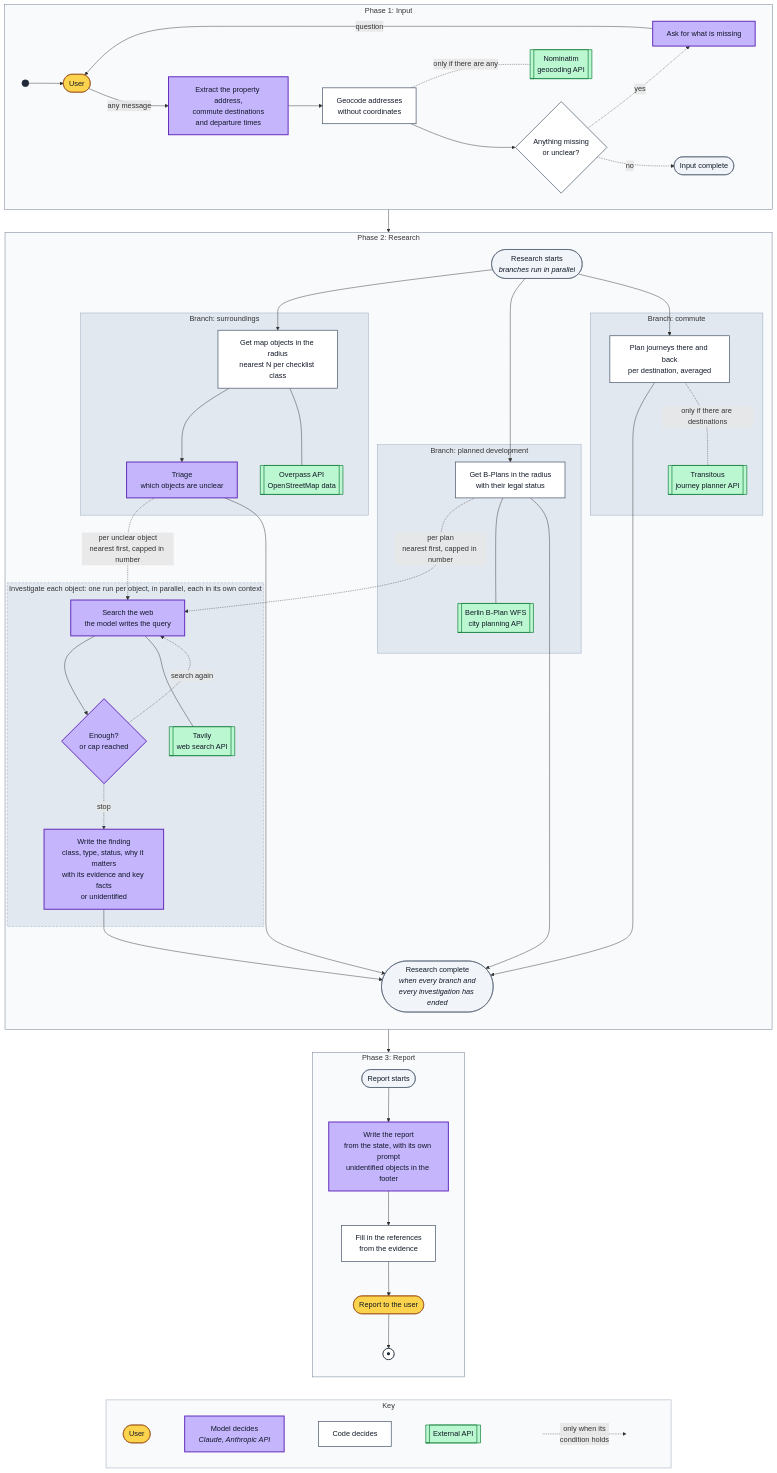
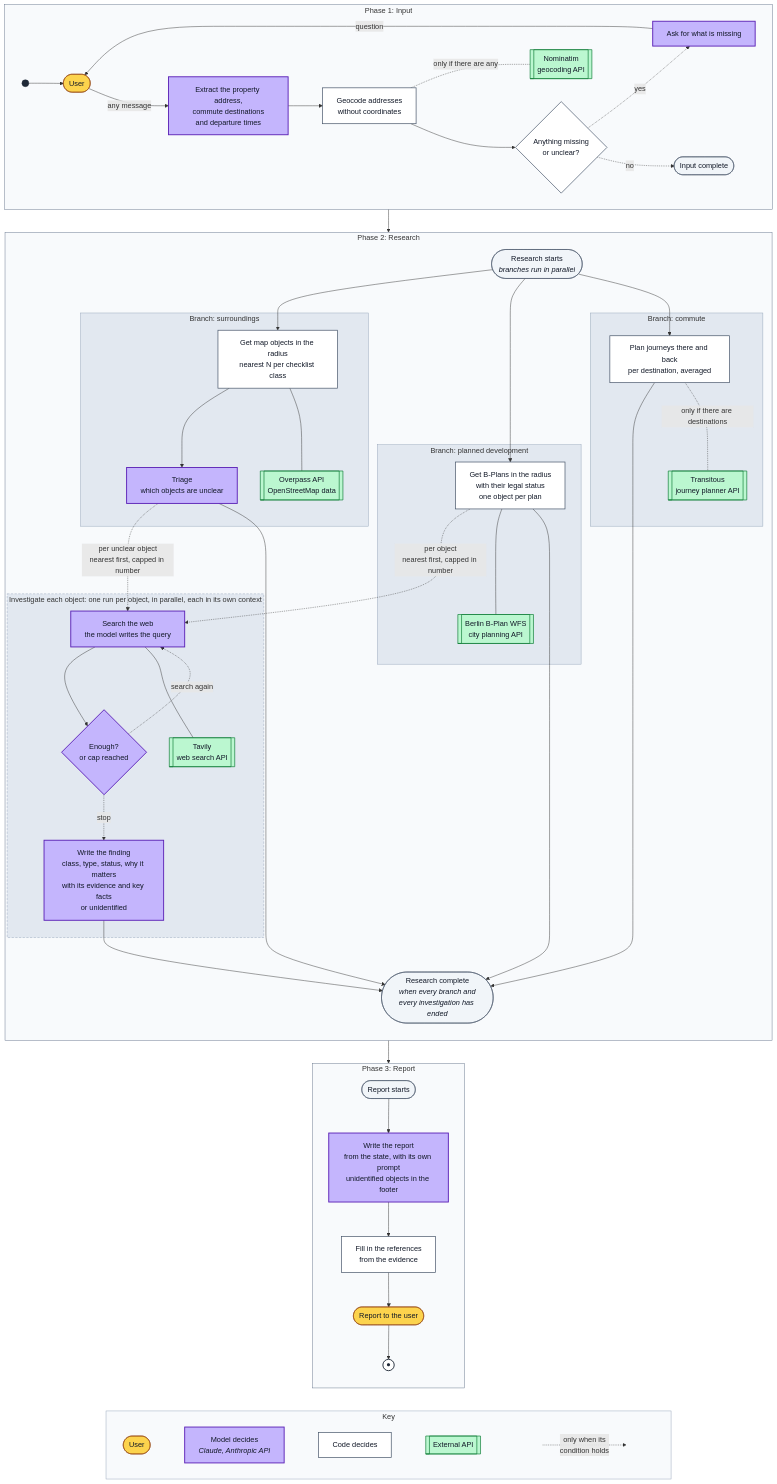
The first of 2 diagrams in docs/architecture.md (avashchenkov/out-of-frame), drawn with Mermaid before and after one commit. The commit also changed other lines of this file, not shown here.

Commit message:
docs: treat each b-plan as an object

```diff
--- a/docs/architecture.md
+++ b/docs/architecture.md
@@ -35,7 +35,7 @@
             T["Triage<br/>which objects are unclear"]:::model
         end
         subgraph PLN["Branch: planned development"]
-            PL["Get B-Plans in the radius<br/>with their legal status"]:::code
+            PL["Get B-Plans in the radius<br/>with their legal status<br/>one object per plan"]:::code
             WFS[["Berlin B-Plan WFS<br/>city planning API"]]:::ext
         end
         subgraph COM["Branch: commute"]
@@ -55,7 +55,7 @@
         OV --> T
         OV --- OVP
         T -.->|"per unclear object<br/>nearest first, capped in number"| S
-        PL -.->|"per plan<br/>nearest first, capped in number"| S
+        PL -.->|"per object<br/>nearest first, capped in number"| S
         PL --- WFS
         S --> D
         S --- TAV
```
